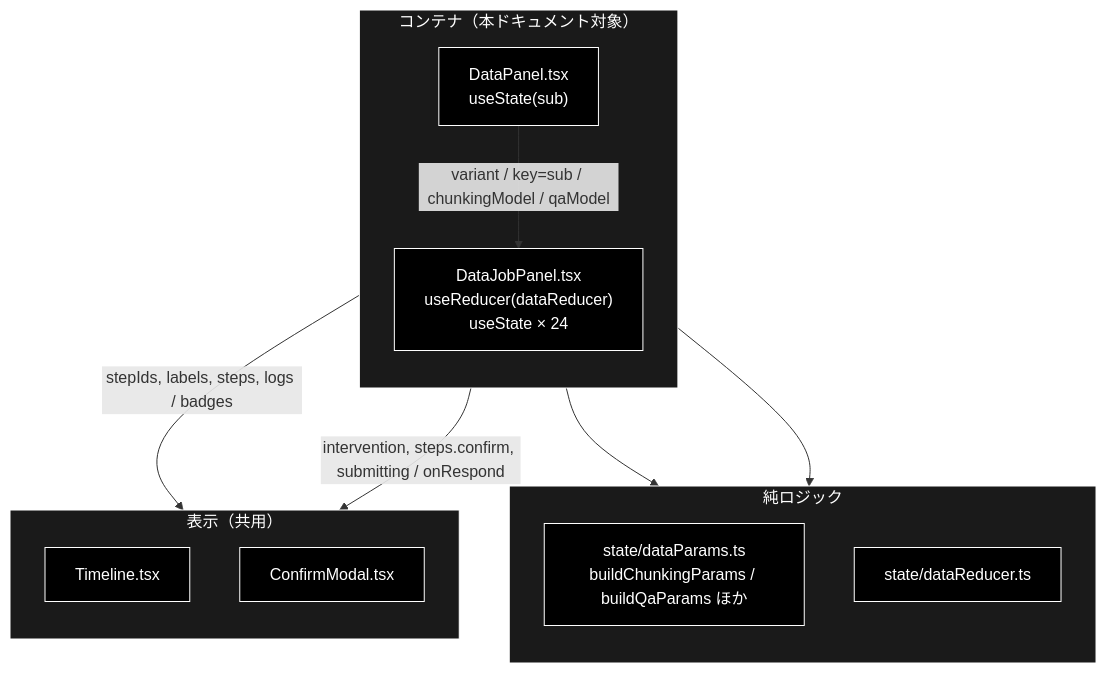
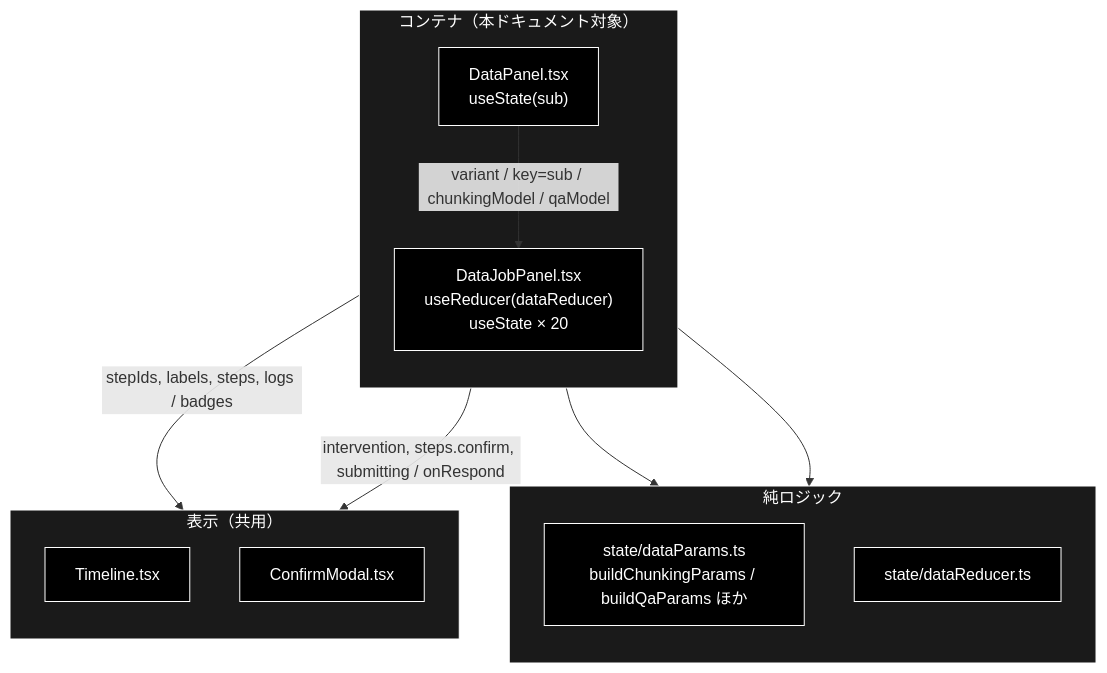
The second of 5 diagrams in frontend/docs/DataJobPanel.md (nakashima2toshio/grace_v2_local), drawn with Mermaid before and after one commit. The commit also changed other lines of this file and 24 other files, not shown here.

````diff
--- a/frontend/docs/DataJobPanel.md
+++ b/frontend/docs/DataJobPanel.md
@@ -134,29 +134,29 @@
 ```mermaid
 flowchart TB
     subgraph Container["コンテナ（本ドキュメント対象）"]
         direction TB
         DP["DataPanel.tsx<br>useState(sub)"]
-        DJ["DataJobPanel.tsx<br>useReducer(dataReducer)<br>useState × 24"]
+        DJ["DataJobPanel.tsx<br>useReducer(dataReducer)<br>useState × 20"]
     end
     subgraph Logic["純ロジック"]
         direction TB
         PARAMS["state/dataParams.ts<br>buildChunkingParams / buildQaParams ほか"]
         RED["state/dataReducer.ts"]
     end
     subgraph Presentational["表示（共用）"]
         direction TB
         TL["Timeline.tsx"]
         CM["ConfirmModal.tsx"]
     end
     DP -->|"variant / key=sub / chunkingModel / qaModel"| DJ
     DJ --> PARAMS
     DJ --> RED
     DJ -->|"stepIds, labels, steps, logs / badges"| TL
     DJ -->|"intervention, steps.confirm, submitting / onRespond"| CM
 classDef default fill:#000,stroke:#fff,color:#fff
 classDef subgraphStyle fill:#1a1a1a,stroke:#fff,color:#fff
 class DP,DJ,PARAMS,RED,TL,CM default
 style Container fill:#1a1a1a,stroke:#fff,color:#fff
 style Logic fill:#1a1a1a,stroke:#fff,color:#fff
 style Presentational fill:#1a1a1a,stroke:#fff,color:#fff
 ```
````
